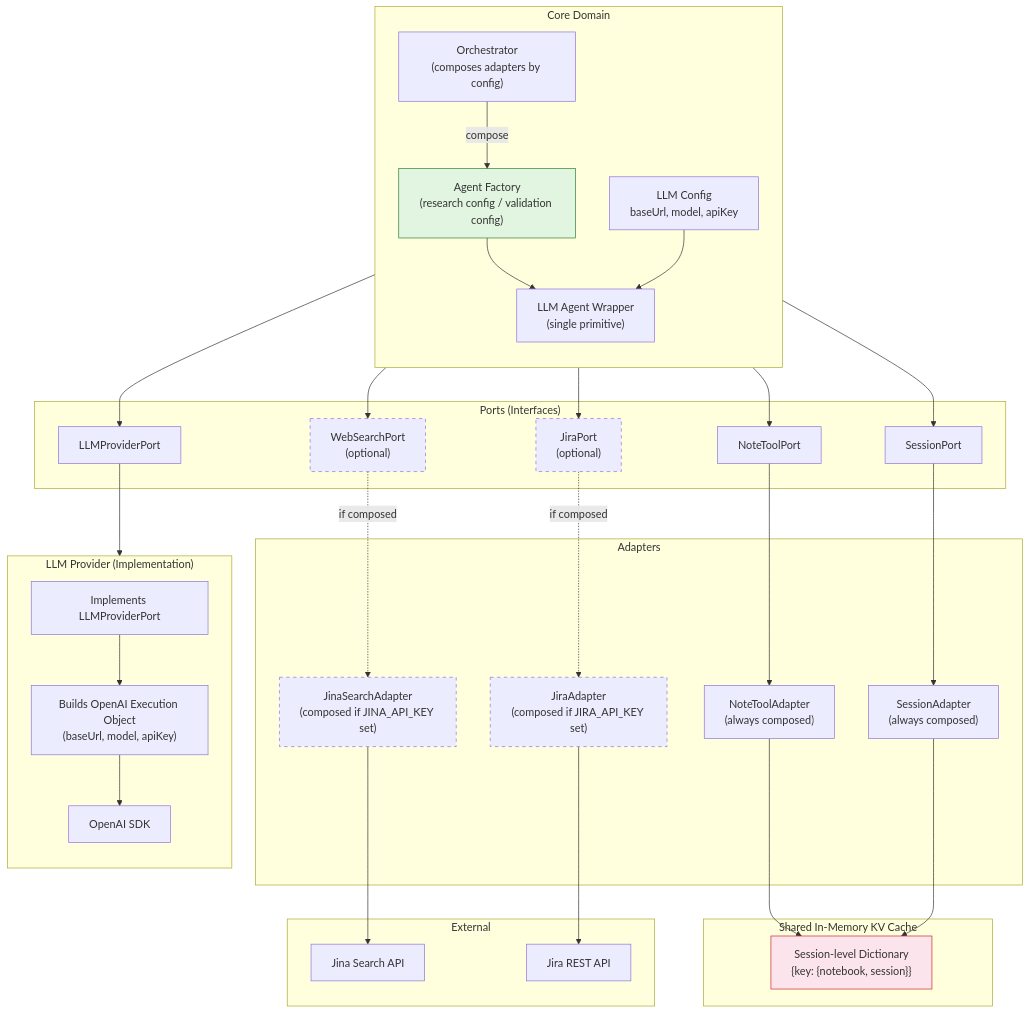
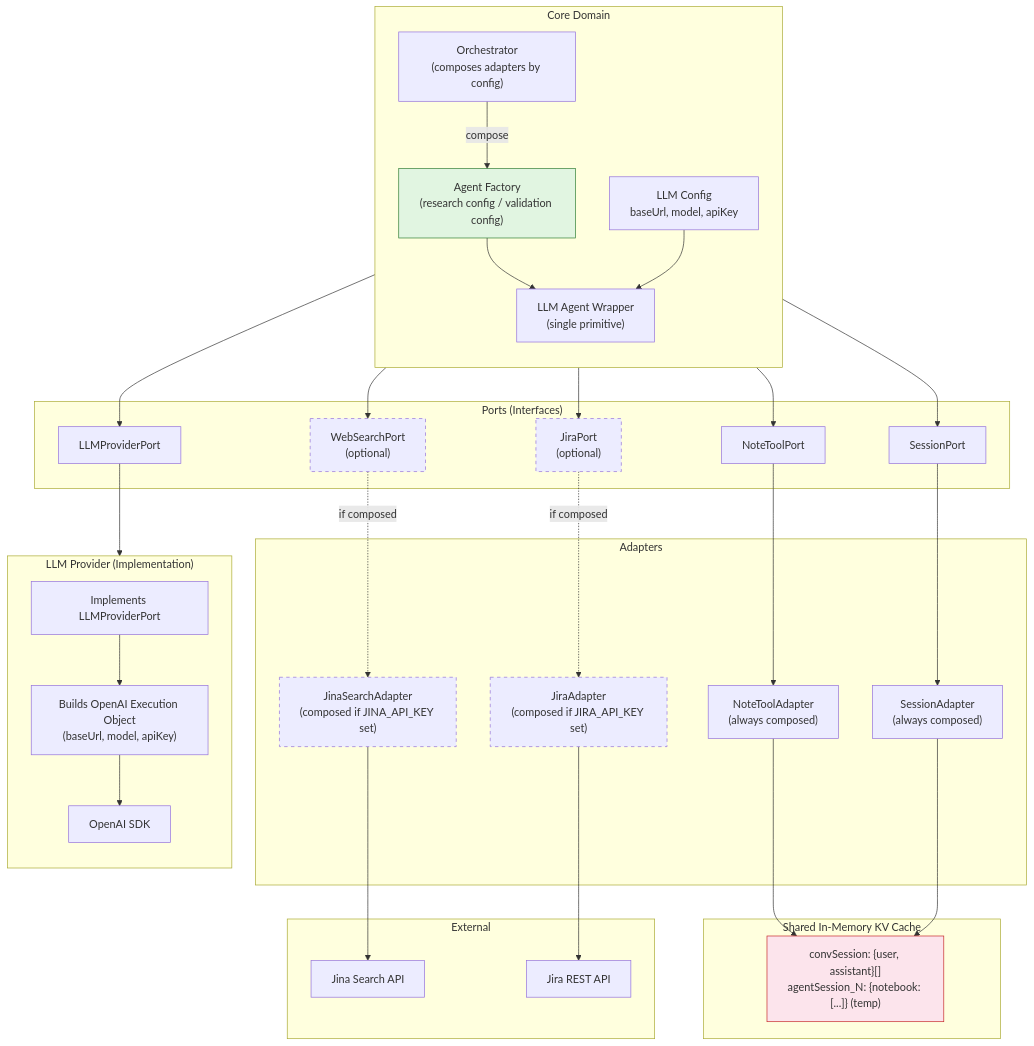
The fourth of 5 diagrams in _bmad-output/planning-artifacts/architecture-diagrams.md (Glitch-guy0/self-consistency-research-agent), drawn with Mermaid before and after one commit. The commit also changed other lines of this file and 4 other files, not shown here.

````diff
--- a/_bmad-output/planning-artifacts/architecture-diagrams.md
+++ b/_bmad-output/planning-artifacts/architecture-diagrams.md
@@ -145,72 +158,72 @@
 ```mermaid
 flowchart TB
     subgraph Ports["Ports (Interfaces)"]
         IP_LM["LLMProviderPort"]
         IP_Web["WebSearchPort\n(optional)"]
         IP_Jira["JiraPort\n(optional)"]
         IP_Note["NoteToolPort"]
         IP_Session["SessionPort"]
     end
 
     subgraph CoreHex["Core Domain"]
         direction TB
         Wrapper["LLM Agent Wrapper\n(single primitive)"]
         Factory["Agent Factory\n(research config / validation config)"]
         Orch["Orchestrator\n(composes adapters by config)"]
         LLMConfig["LLM Config\nbaseUrl, model, apiKey"]
     end
 
     subgraph AdaptersHex["Adapters"]
         JinaAdapter["JinaSearchAdapter\n(composed if JINA_API_KEY set)"]
         JiraAdapter["JiraAdapter\n(composed if JIRA_API_KEY set)"]
         NoteAdapter["NoteToolAdapter\n(always composed)"]
         SessionAdapter["SessionAdapter\n(always composed)"]
     end
 
     subgraph LLM_Impl["LLM Provider (Implementation)"]
         direction TB
         LLM_IF["Implements LLMProviderPort"]
         Builder["Builds OpenAI Execution Object\n(baseUrl, model, apiKey)"]
         SDK["OpenAI SDK"]
     end
 
     subgraph Storage["Shared In-Memory KV Cache"]
-        KVCache["Session-level Dictionary\n{key: {notebook, session}}"]
+        KVCache["convSession: {user, assistant}[]<br/>agentSession_N: {notebook: [...]} (temp)"]
     end
 
     subgraph External["External"]
         JinaAPI["Jina Search API"]
         JiraExt["Jira REST API"]
     end
 
     Orch -->|compose| Factory
     Factory --> Wrapper
     Wrapper --> IP_LM
     Wrapper --> IP_Web
     Wrapper --> IP_Jira
     Wrapper --> IP_Note
     Wrapper --> IP_Session
     LLMConfig --> Wrapper
 
     IP_LM --> LLM_IF
     LLM_IF --> Builder
     Builder --> SDK
 
     IP_Web -.->|if composed| JinaAdapter
     IP_Jira -.->|if composed| JiraAdapter
     IP_Note --> NoteAdapter
     IP_Session --> SessionAdapter
 
     NoteAdapter --> KVCache
     SessionAdapter --> KVCache
 
     JinaAdapter --> JinaAPI
     JiraAdapter --> JiraExt
 
     style Factory fill:#e1f5e1,stroke:#2e7d32
     style KVCache fill:#fce4ec,stroke:#c62828
     style IP_Web stroke-dasharray: 5 5
     style IP_Jira stroke-dasharray: 5 5
     style JinaAdapter stroke-dasharray: 5 5
     style JiraAdapter stroke-dasharray: 5 5
 ```
````
